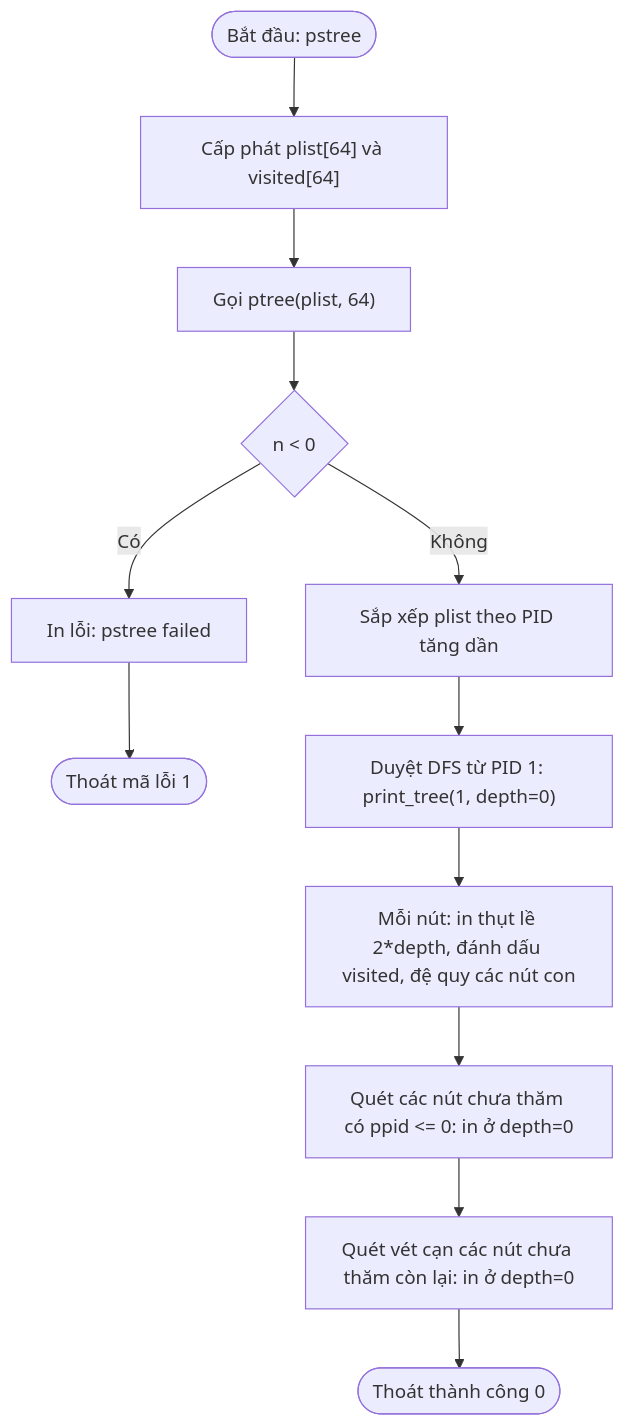
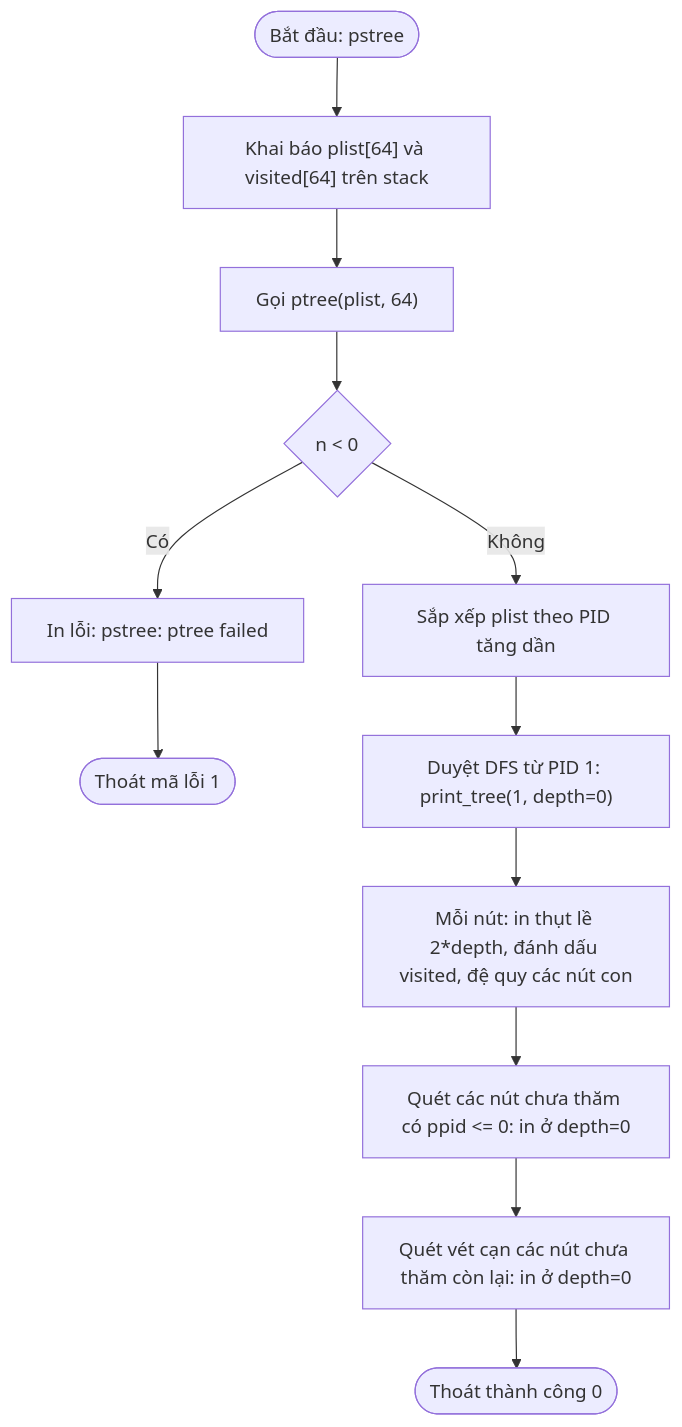
Before and after one commit to zetomis-was-taken/xv6_lab02: the first of 3 diagrams in report_ptree.md, drawn with Mermaid. The commit also changed other lines of this file and 1 other file, not shown here.

Commit message:
docs: update ptree report with clean-boot test results and execution notes

````diff
--- a/report_ptree.md
+++ b/report_ptree.md
@@ -80,16 +80,16 @@
 ```mermaid
 flowchart TD
-    Start(["Bắt đầu: pstree"]) --> Alloc["Cấp phát plist[64] và visited[64]"]
+    Start(["Bắt đầu: pstree"]) --> Alloc["Khai báo plist[64] và visited[64] trên stack"]
     Alloc --> CallSys["Gọi ptree(plist, 64)"]
     CallSys --> CheckRet{"n < 0 "}
     
-    CheckRet -- "Có" --> PrintErr["In lỗi: pstree failed"]
+    CheckRet -- "Có" --> PrintErr["In lỗi: pstree: ptree failed"]
     PrintErr --> ExitFail(["Thoát mã lỗi 1"])
     
     CheckRet -- "Không" --> Sort["Sắp xếp plist theo PID tăng dần"]
     Sort --> DFSInit["Duyệt DFS từ PID 1: print_tree(1, depth=0)"]
     DFSInit --> SubDFS["Mỗi nút: in thụt lề 2*depth, đánh dấu visited, đệ quy các nút con"]
     SubDFS --> ScanRoots["Quét các nút chưa thăm có ppid <= 0: in ở depth=0"]
     ScanRoots --> ScanSweep["Quét vét cạn các nút chưa thăm còn lại: in ở depth=0"]
     ScanSweep --> ExitOk(["Thoát thành công 0"])
 ```
````
